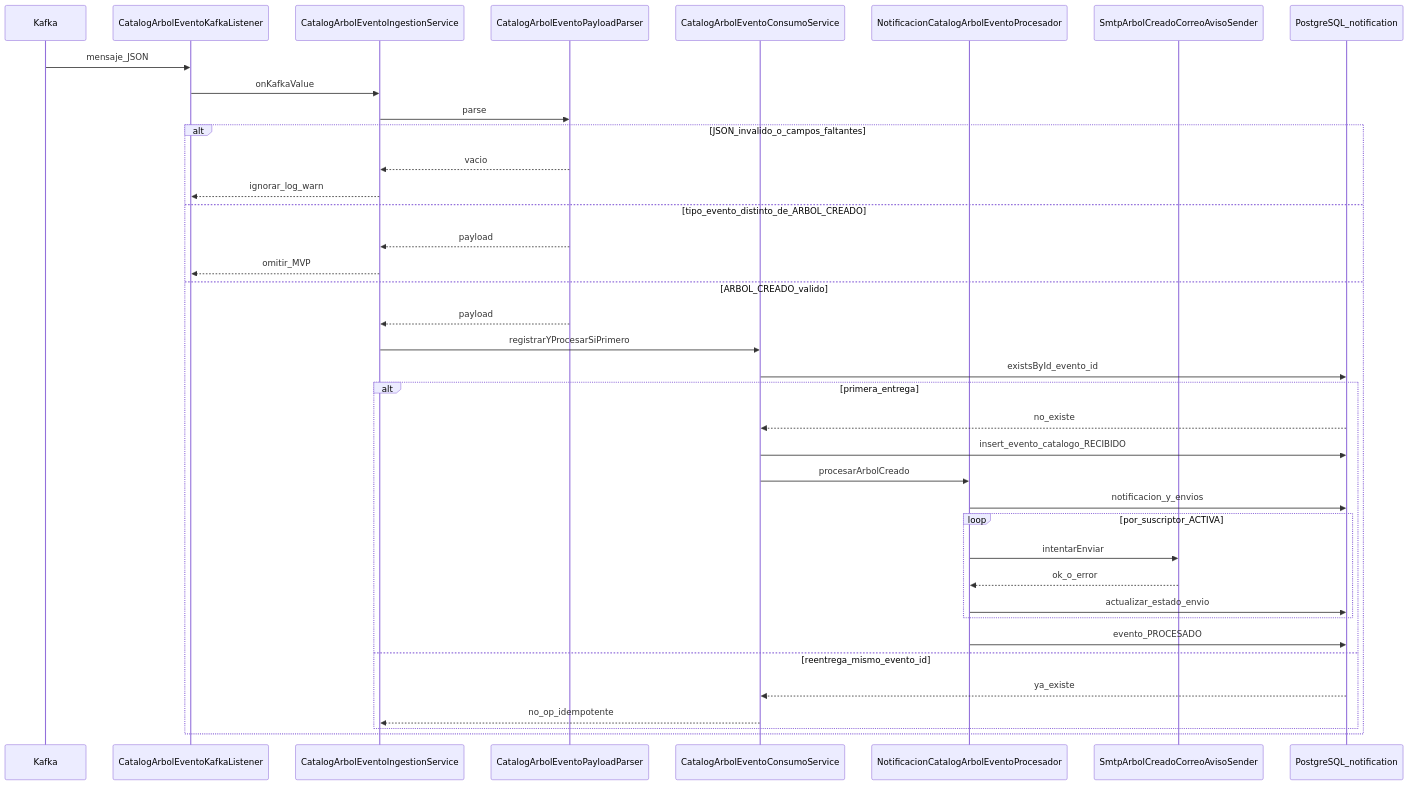
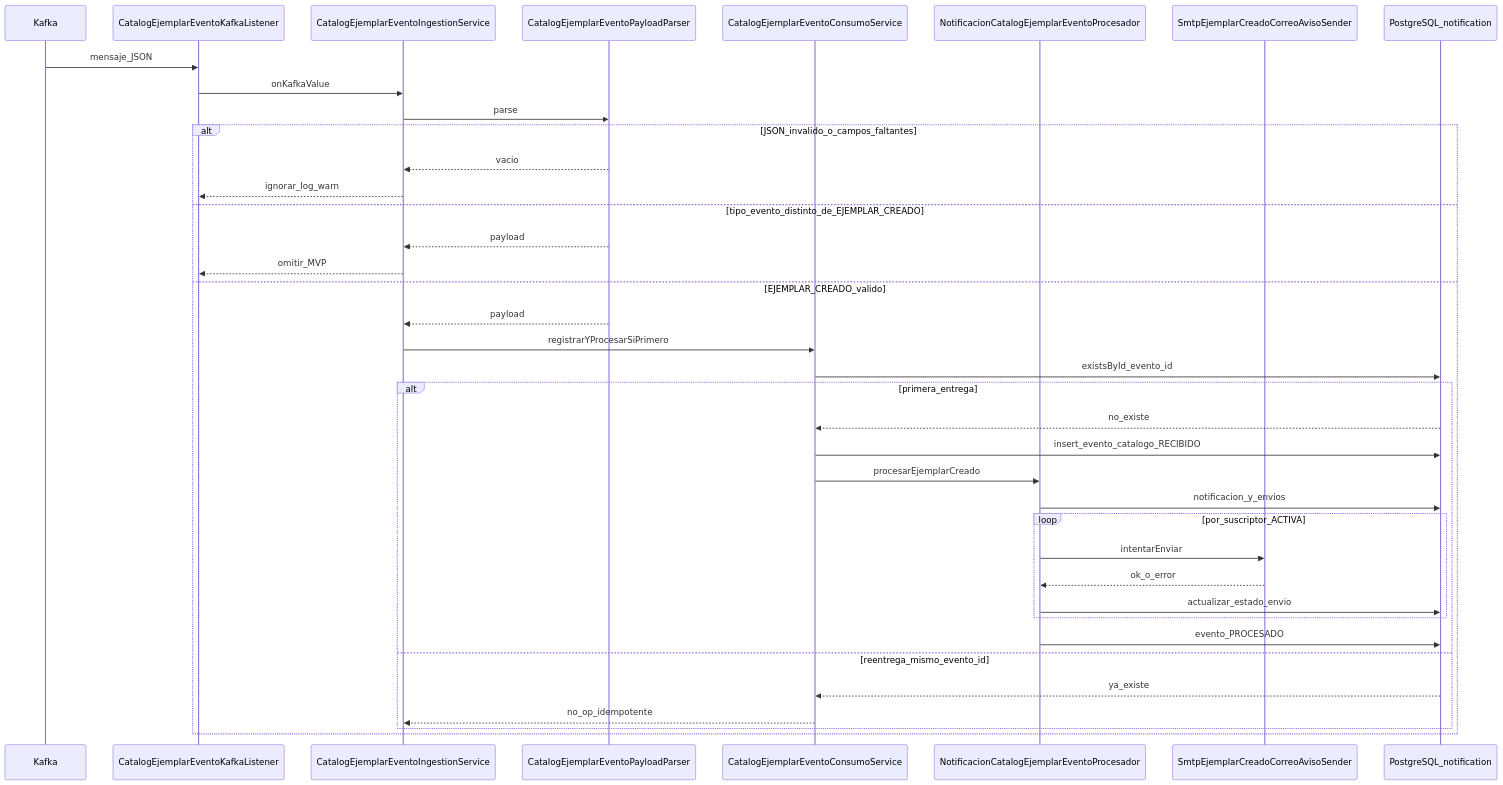
One commit to LIDR-academy/AI4Devs-finalproject changed the tenth of 19 diagrams in readme.md. Above: the diagram before and after it, drawn with Mermaid. The commit also changed other lines of this file and 345 other files, not shown here.

````diff
--- a/readme.md
+++ b/readme.md
@@ -678,41 +678,41 @@
 ```mermaid
 sequenceDiagram
   participant KB as Kafka
-  participant Lst as CatalogArbolEventoKafkaListener
-  participant Ing as CatalogArbolEventoIngestionService
-  participant Parser as CatalogArbolEventoPayloadParser
-  participant Con as CatalogArbolEventoConsumoService
-  participant Proc as NotificacionCatalogArbolEventoProcesador
-  participant Mail as SmtpArbolCreadoCorreoAvisoSender
+  participant Lst as CatalogEjemplarEventoKafkaListener
+  participant Ing as CatalogEjemplarEventoIngestionService
+  participant Parser as CatalogEjemplarEventoPayloadParser
+  participant Con as CatalogEjemplarEventoConsumoService
+  participant Proc as NotificacionCatalogEjemplarEventoProcesador
+  participant Mail as SmtpEjemplarCreadoCorreoAvisoSender
   participant PG as PostgreSQL_notification
 
   KB->>Lst: mensaje_JSON
   Lst->>Ing: onKafkaValue
   Ing->>Parser: parse
   alt JSON_invalido_o_campos_faltantes
     Parser-->>Ing: vacio
     Ing-->>Lst: ignorar_log_warn
-  else tipo_evento_distinto_de_ARBOL_CREADO
+  else tipo_evento_distinto_de_EJEMPLAR_CREADO
     Parser-->>Ing: payload
     Ing-->>Lst: omitir_MVP
-  else ARBOL_CREADO_valido
+  else EJEMPLAR_CREADO_valido
     Parser-->>Ing: payload
     Ing->>Con: registrarYProcesarSiPrimero
     Con->>PG: existsById_evento_id
     alt primera_entrega
       PG-->>Con: no_existe
       Con->>PG: insert_evento_catalogo_RECIBIDO
-      Con->>Proc: procesarArbolCreado
+      Con->>Proc: procesarEjemplarCreado
       Proc->>PG: notificacion_y_envios
       loop por_suscriptor_ACTIVA
         Proc->>Mail: intentarEnviar
         Mail-->>Proc: ok_o_error
         Proc->>PG: actualizar_estado_envio
       end
       Proc->>PG: evento_PROCESADO
     else reentrega_mismo_evento_id
       PG-->>Con: ya_existe
       Con-->>Ing: no_op_idempotente
     end
   end
 ```
````
